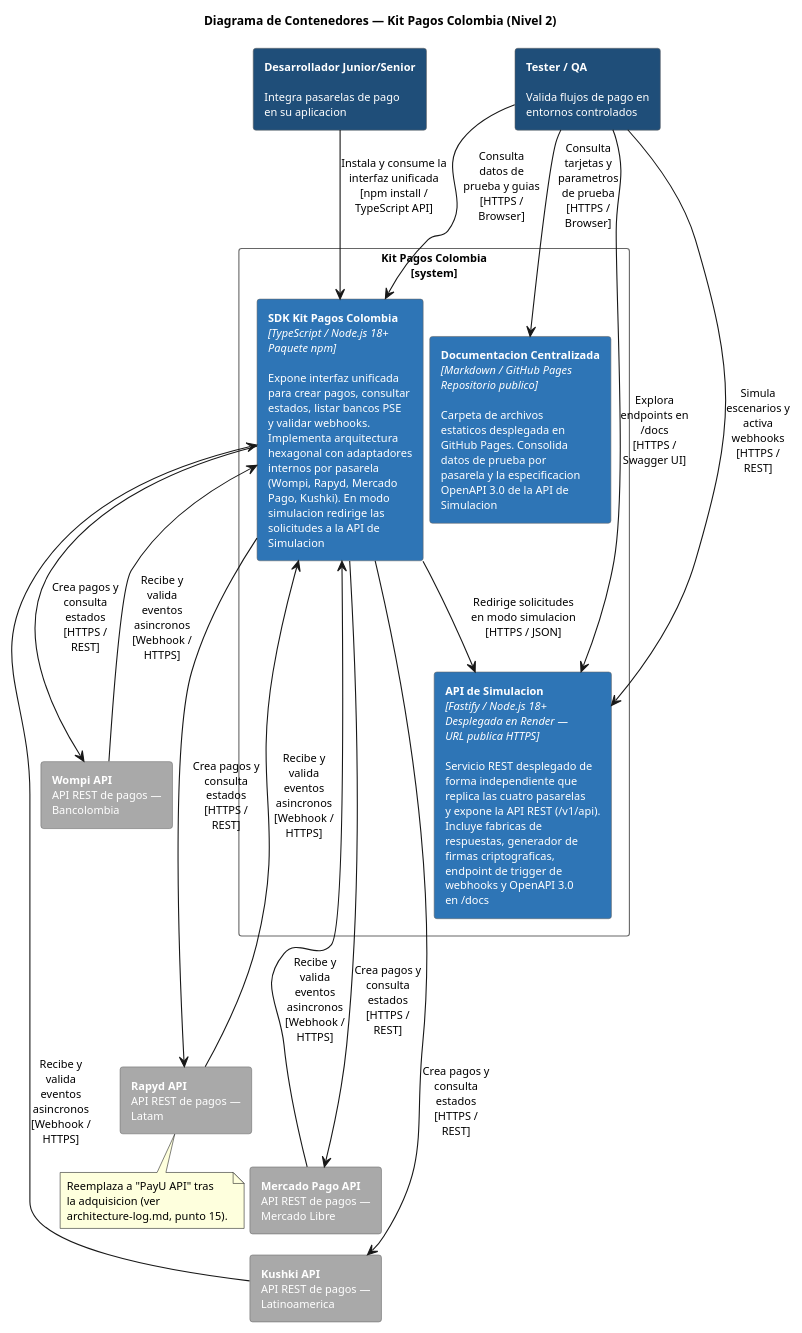
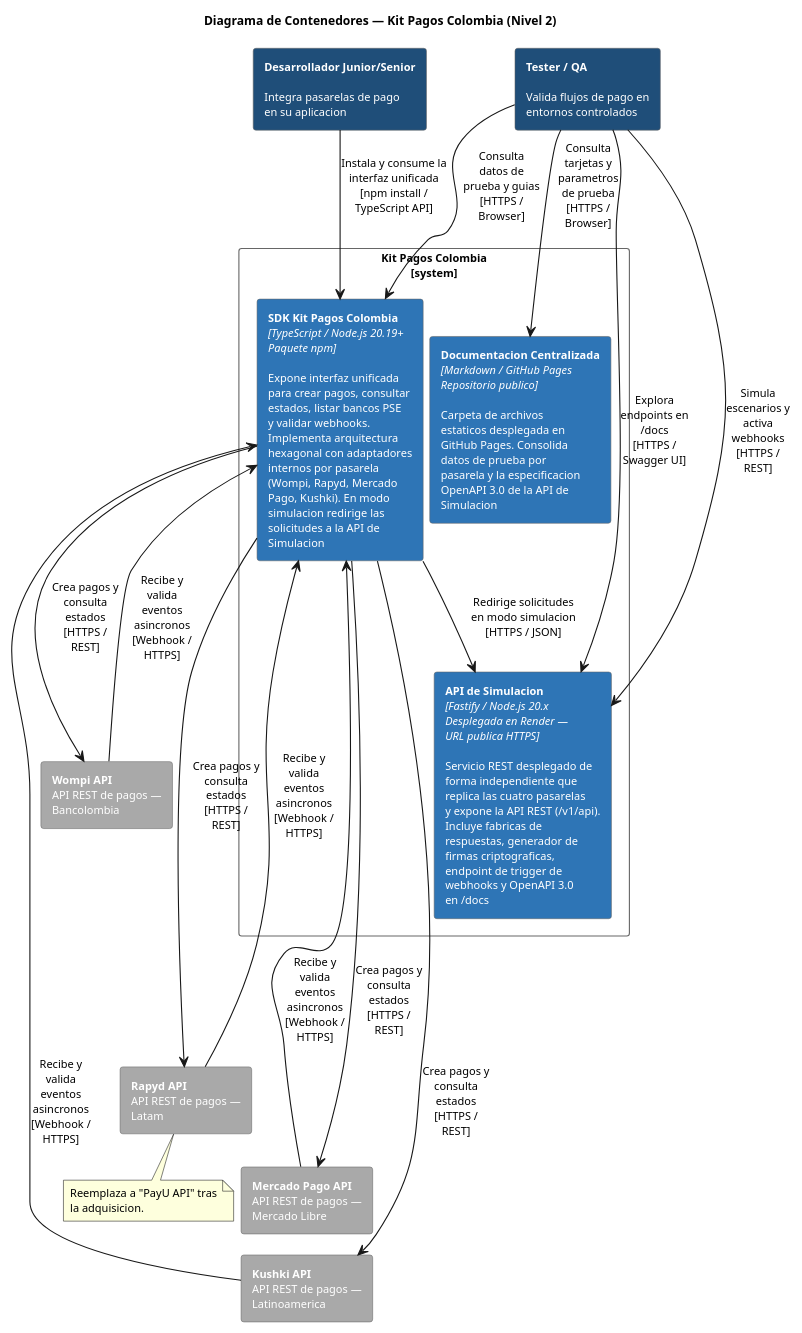
One commit to PurosBrothers/Kit-Pagos-Colombia---Tesis changed the diagram in docs/architecture/SDK/diagrams-source/container-diagram.puml. Above: the diagram before and after it, drawn with PlantUML. The commit also changed 36 other files, not shown here.

```diff
--- a/docs/architecture/SDK/diagrams-source/container-diagram.puml
+++ b/docs/architecture/SDK/diagrams-source/container-diagram.puml
@@ -1,62 +1,61 @@
 @startuml Container Diagram - SDK
 title Diagrama de Contenedores — Kit Pagos Colombia (Nivel 2)
 skinparam backgroundColor white
 skinparam defaultFontName Helvetica
 skinparam defaultFontSize 10
 skinparam titleFontSize 11
 skinparam rectangleFontSize 10
 skinparam ArrowFontSize 10
 skinparam NoteFontSize 10
 skinparam nodesep 6
 skinparam ranksep 18
 skinparam rectangle {
   BorderColor #666666
   ArrowColor #666666
   FontColor white
 }
 
 rectangle "**Desarrollador Junior/Senior**\n\nIntegra pasarelas de pago\nen su aplicacion" as Dev #1F4E79
 rectangle "**Tester / QA**\n\nValida flujos de pago en\nentornos controlados" as QA #1F4E79
 
 rectangle "Kit Pagos Colombia\n[system]" as System #FFFFFF;text:black {
-  rectangle "**SDK Kit Pagos Colombia**\n<i>[TypeScript / Node.js 18+</i>\n<i>Paquete npm]</i>\n\nExpone interfaz unificada\npara crear pagos, consultar\nestados, listar bancos PSE\ny validar webhooks.\nImplementa arquitectura\nhexagonal con adaptadores\ninternos por pasarela\n(Wompi, Rapyd, Mercado\nPago, Kushki). En modo\nsimulacion redirige las\nsolicitudes a la API de\nSimulacion" as SDK #2E75B6
+  rectangle "**SDK Kit Pagos Colombia**\n<i>[TypeScript / Node.js 20.19+</i>\n<i>Paquete npm]</i>\n\nExpone interfaz unificada\npara crear pagos, consultar\nestados, listar bancos PSE\ny validar webhooks.\nImplementa arquitectura\nhexagonal con adaptadores\ninternos por pasarela\n(Wompi, Rapyd, Mercado\nPago, Kushki). En modo\nsimulacion redirige las\nsolicitudes a la API de\nSimulacion" as SDK #2E75B6
   rectangle "**Documentacion Centralizada**\n<i>[Markdown / GitHub Pages</i>\n<i>Repositorio publico]</i>\n\nCarpeta de archivos\nestaticos desplegada en\nGitHub Pages. Consolida\ndatos de prueba por\npasarela y la especificacion\nOpenAPI 3.0 de la API de\nSimulacion" as Docs #2E75B6
-  rectangle "**API de Simulacion**\n<i>[Fastify / Node.js 18+</i>\n<i>Desplegada en Render —</i>\n<i>URL publica HTTPS]</i>\n\nServicio REST desplegado de\nforma independiente que\nreplica las cuatro pasarelas\ny expone la API REST (/v1/api).\nIncluye fabricas de\nrespuestas, generador de\nfirmas criptograficas,\nendpoint de trigger de\nwebhooks y OpenAPI 3.0\nen /docs" as SimAPI #2E75B6
+  rectangle "**API de Simulacion**\n<i>[Fastify / Node.js 20.x</i>\n<i>Desplegada en Render —</i>\n<i>URL publica HTTPS]</i>\n\nServicio REST desplegado de\nforma independiente que\nreplica las cuatro pasarelas\ny expone la API REST (/v1/api).\nIncluye fabricas de\nrespuestas, generador de\nfirmas criptograficas,\nendpoint de trigger de\nwebhooks y OpenAPI 3.0\nen /docs" as SimAPI #2E75B6
 }
 
 rectangle "**Wompi API**\nAPI REST de pagos —\nBancolombia" as WompiAPI #A9A9A9
 rectangle "**Rapyd API**\nAPI REST de pagos —\nLatam" as RapydAPI #A9A9A9
 rectangle "**Mercado Pago API**\nAPI REST de pagos —\nMercado Libre" as MPAPI #A9A9A9
 rectangle "**Kushki API**\nAPI REST de pagos —\nLatinoamerica" as KushkiAPI #A9A9A9
 
 Dev --> SDK : Instala y consume la\ninterfaz unificada\n[npm install /\nTypeScript API]
 QA --> SDK : Consulta\ndatos de\nprueba y guias\n[HTTPS /\nBrowser]
 QA --> Docs : Consulta\ntarjetas y\nparametros\nde prueba\n[HTTPS /\nBrowser]
 QA --> SimAPI : Simula\nescenarios y\nactiva\nwebhooks\n[HTTPS /\nREST]
 QA --> SimAPI : Explora\nendpoints en\n/docs\n[HTTPS /\nSwagger UI]
 
 SDK --> WompiAPI : Crea pagos y\nconsulta\nestados\n[HTTPS /\nREST]
 SDK <-- WompiAPI : Recibe y\nvalida\neventos\nasincronos\n[Webhook /\nHTTPS]
 
 SDK --> RapydAPI : Crea pagos y\nconsulta\nestados\n[HTTPS /\nREST]
 SDK <-- RapydAPI : Recibe y\nvalida\neventos\nasincronos\n[Webhook /\nHTTPS]
 
 SDK --> MPAPI : Crea pagos y\nconsulta\nestados\n[HTTPS /\nREST]
 SDK <-- MPAPI : Recibe y\nvalida\neventos\nasincronos\n[Webhook /\nHTTPS]
 
 SDK --> KushkiAPI : Crea pagos y\nconsulta\nestados\n[HTTPS /\nREST]
 SDK <-- KushkiAPI : Recibe y\nvalida\neventos\nasincronos\n[Webhook /\nHTTPS]
 
 SDK --> SimAPI : Redirige solicitudes\nen modo simulacion\n[HTTPS / JSON]
 
 WompiAPI -[hidden]down- RapydAPI
 RapydAPI -[hidden]down- MPAPI
 MPAPI -[hidden]down- KushkiAPI
 
 note bottom of RapydAPI
   Reemplaza a "PayU API" tras
-  la adquisicion (ver
-  architecture-log.md, punto 15).
+  la adquisicion.
 end note
 
 @enduml
```
